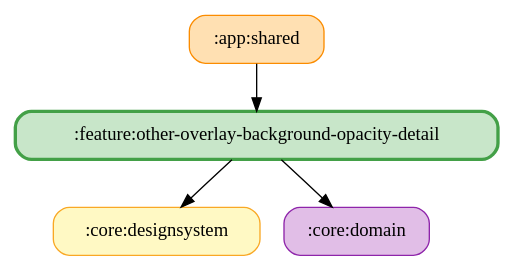
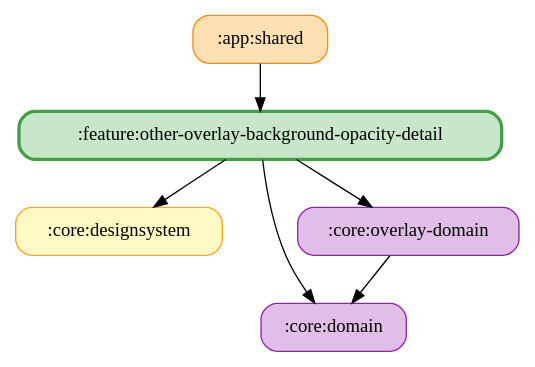
The diagram in docs/graphs/feature-other-overlay-background-opacity-detail.gv (ai-kurou/KoDriver), drawn with Graphviz before and after one commit. The commit also changed 58 other files, not shown here.

Commit message:
chore: update module graph images

```diff
--- a/docs/graphs/feature-other-overlay-background-opacity-detail.gv
+++ b/docs/graphs/feature-other-overlay-background-opacity-detail.gv
@@ -1,11 +1,14 @@
 digraph G {
   rankdir=TB
   node [shape=box, style="rounded,filled"]
   ":app:shared" [fillcolor="#FFE0B2", color="#FB8C00", penwidth=1]
   ":core:designsystem" [fillcolor="#FFF9C4", color="#F9A825", penwidth=1]
   ":core:domain" [fillcolor="#E1BEE7", color="#8E24AA", penwidth=1]
+  ":core:overlay-domain" [fillcolor="#E1BEE7", color="#8E24AA", penwidth=1]
   ":feature:other-overlay-background-opacity-detail" [fillcolor="#C8E6C9", color="#43A047", penwidth=2.5]
   ":app:shared" -> ":feature:other-overlay-background-opacity-detail"
+  ":core:overlay-domain" -> ":core:domain"
   ":feature:other-overlay-background-opacity-detail" -> ":core:domain"
   ":feature:other-overlay-background-opacity-detail" -> ":core:designsystem"
+  ":feature:other-overlay-background-opacity-detail" -> ":core:overlay-domain"
 }
```
